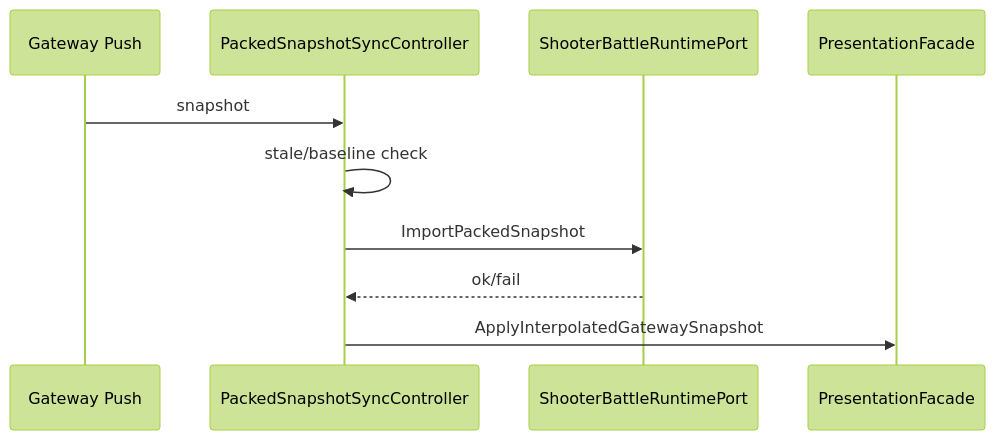
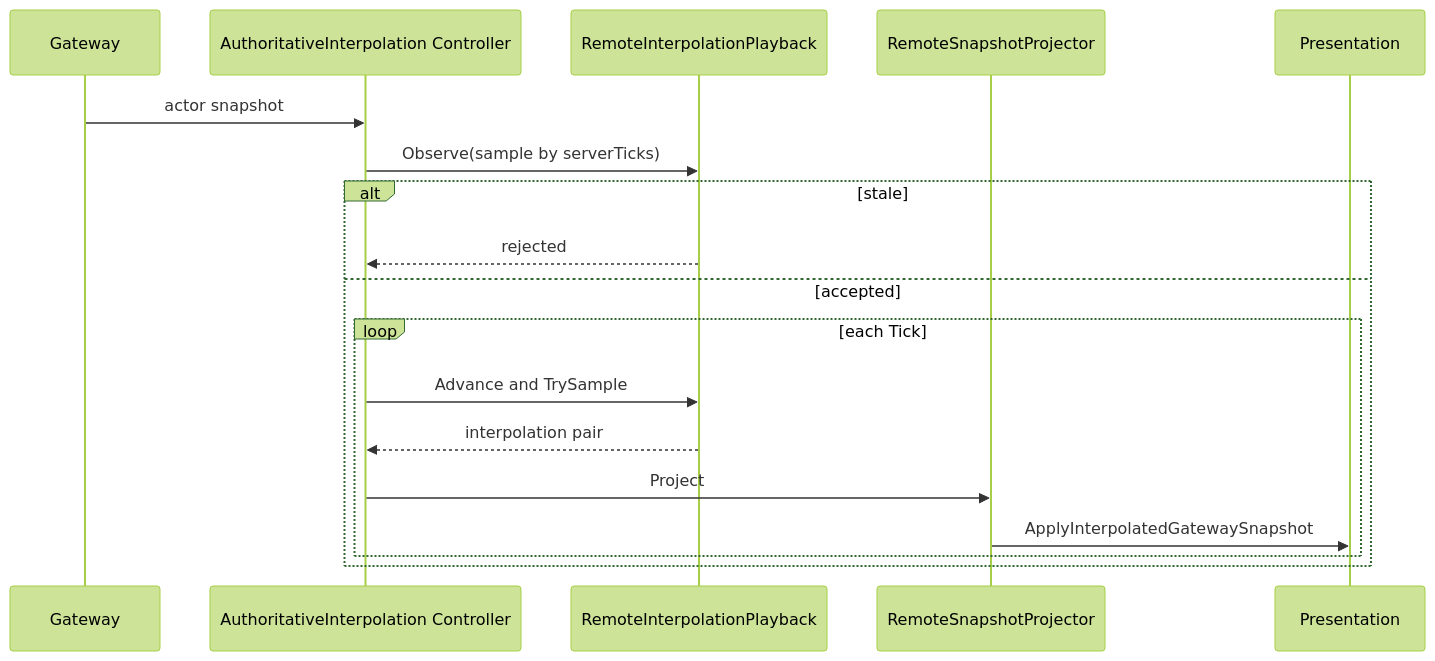
The fifth of 6 diagrams in Docs/design/09-ImplementationExamples/Shooter/04-ClientSyncStrategies.md (Kurumioi/AbilityKit), drawn with Mermaid (forest theme) before and after one commit. The commit also changed other lines of this file and 118 other files, not shown here.

````diff
--- a/Docs/design/09-ImplementationExamples/Shooter/04-ClientSyncStrategies.md
+++ b/Docs/design/09-ImplementationExamples/Shooter/04-ClientSyncStrategies.md
@@ -89,13 +163,21 @@
 ```mermaid
 sequenceDiagram
-    participant Gateway as Gateway Push
-    participant Ctrl as PackedSnapshotSyncController
-    participant Runtime as ShooterBattleRuntimePort
-    participant Presentation as PresentationFacade
+    participant Gateway as Gateway
+    participant Ctrl as AuthoritativeInterpolation Controller
+    participant Buffer as RemoteInterpolationPlayback
+    participant Projector as RemoteSnapshotProjector
+    participant View as Presentation
 
-    Gateway->>Ctrl: snapshot
-    Ctrl->>Ctrl: stale/baseline check
-    Ctrl->>Runtime: ImportPackedSnapshot
-    Runtime-->>Ctrl: ok/fail
-    Ctrl->>Presentation: ApplyInterpolatedGatewaySnapshot
+    Gateway->>Ctrl: actor snapshot
+    Ctrl->>Buffer: Observe(sample by serverTicks)
+    alt stale
+        Buffer-->>Ctrl: rejected
+    else accepted
+        loop each Tick
+            Ctrl->>Buffer: Advance and TrySample
+            Buffer-->>Ctrl: interpolation pair
+            Ctrl->>Projector: Project
+            Projector->>View: ApplyInterpolatedGatewaySnapshot
+        end
+    end
 ```
````
